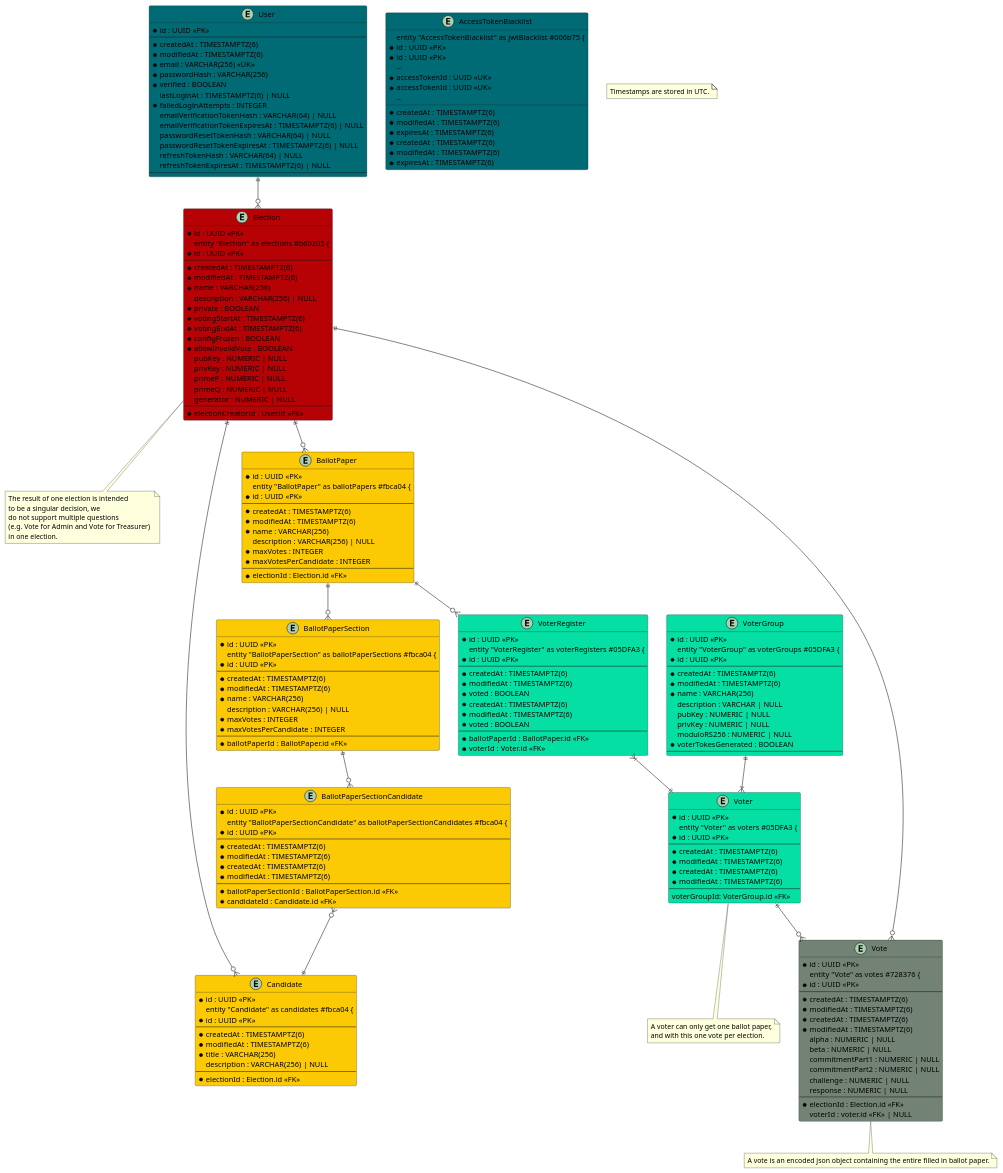
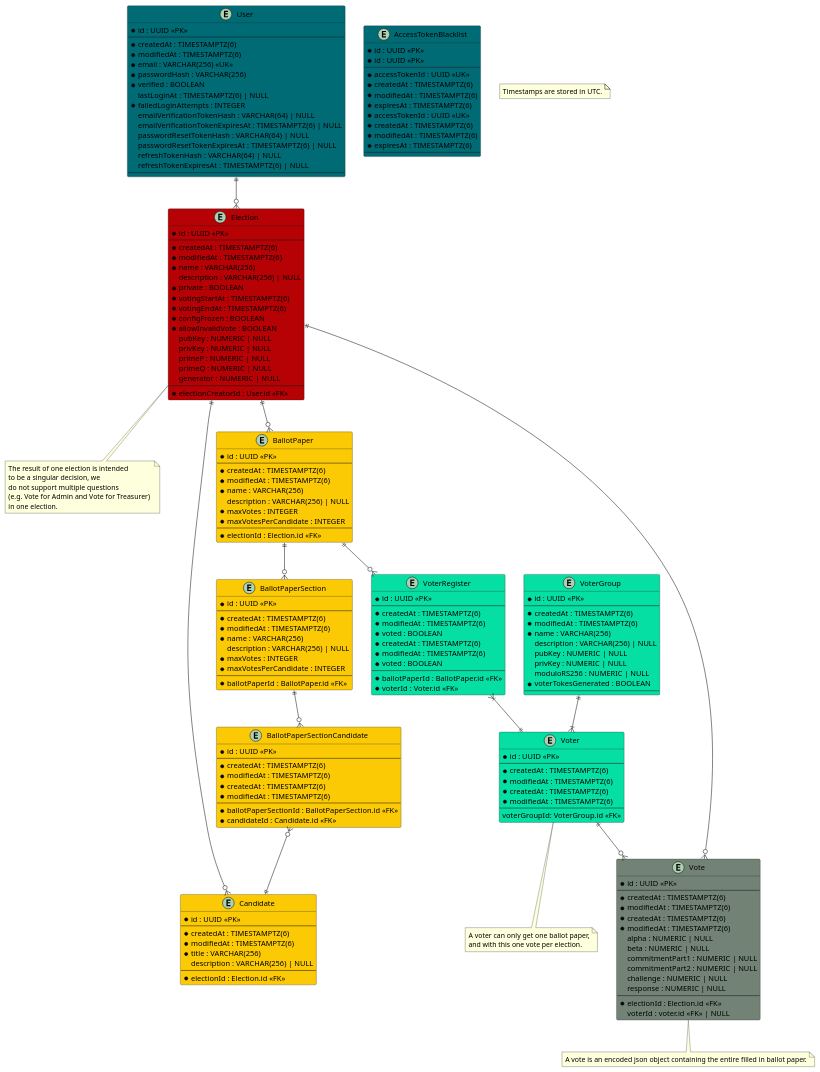
Before and after one commit to SE-UUlm/votura: the diagram in apps/docs/static/uml/dataModel.puml, drawn with PlantUML. The commit also changed 3 other files, not shown here.

```diff
--- a/apps/docs/static/uml/dataModel.puml
+++ b/apps/docs/static/uml/dataModel.puml
@@ -21,7 +21,6 @@
 }
 
 entity "AccessTokenBlacklist" as jwtBlacklist #006b75 {
-entity "AccessTokenBlacklist" as jwtBlacklist #006b75 {
     ' this table is used to store blacklisted access tokens
     ' The jti is 36 characters long if we use UUIDv4
     * id : UUID <<PK>>
@@ -38,8 +37,6 @@
     --
 }
 
-entity "Election" as elections #b60205 {
-    * id : UUID <<PK>>
 entity "Election" as elections #b60205 {
     * id : UUID <<PK>>
     --
@@ -77,8 +74,6 @@
 
 entity "BallotPaper" as ballotPapers #fbca04 {
     * id : UUID <<PK>>
-entity "BallotPaper" as ballotPapers #fbca04 {
-    * id : UUID <<PK>>
     --
     * createdAt : TIMESTAMPTZ(6)
     * modifiedAt : TIMESTAMPTZ(6)
@@ -90,8 +85,6 @@
     * electionId : Election.id <<FK>>
 }
 
-entity "BallotPaperSection" as ballotPaperSections #fbca04 {
-    * id : UUID <<PK>>
 entity "BallotPaperSection" as ballotPaperSections #fbca04 {
     * id : UUID <<PK>>
     --
@@ -107,8 +100,6 @@
 
 entity "BallotPaperSectionCandidate" as ballotPaperSectionCandidates #fbca04 {
     * id : UUID <<PK>>
-entity "BallotPaperSectionCandidate" as ballotPaperSectionCandidates #fbca04 {
-    * id : UUID <<PK>>
     --
     * createdAt : TIMESTAMPTZ(6)
     * modifiedAt : TIMESTAMPTZ(6)
@@ -121,8 +112,6 @@
 
 entity "Candidate" as candidates #fbca04 {
     * id : UUID <<PK>>
-entity "Candidate" as candidates #fbca04 {
-    * id : UUID <<PK>>
     --
     * createdAt : TIMESTAMPTZ(6)
     * modifiedAt : TIMESTAMPTZ(6)
@@ -132,8 +121,6 @@
     * electionId : Election.id <<FK>>
 }
 
-entity "Vote" as votes #728376 {
-    * id : UUID <<PK>>
 entity "Vote" as votes #728376 {
     * id : UUID <<PK>>
     --
@@ -158,8 +145,6 @@
 
 entity "VoterRegister" as voterRegisters #05DFA3 {
     * id : UUID <<PK>>
-entity "VoterRegister" as voterRegisters #05DFA3 {
-    * id : UUID <<PK>>
     --
     * createdAt : TIMESTAMPTZ(6)
     * modifiedAt : TIMESTAMPTZ(6)
@@ -172,8 +157,6 @@
     * voterId : Voter.id <<FK>>
 }
 
-entity "Voter" as voters #05DFA3 {
-    * id : UUID <<PK>>
 entity "Voter" as voters #05DFA3 {
     * id : UUID <<PK>>
     --
@@ -191,13 +174,11 @@
 
 entity "VoterGroup" as voterGroups #05DFA3 {
     * id : UUID <<PK>>
-entity "VoterGroup" as voterGroups #05DFA3 {
-    * id : UUID <<PK>>
     --
     * createdAt : TIMESTAMPTZ(6)
     * modifiedAt : TIMESTAMPTZ(6)
     * name : VARCHAR(256)
-    description : VARCHAR | NULL
+    description : VARCHAR(256) | NULL
     pubKey : NUMERIC | NULL
     privKey : NUMERIC | NULL
     moduloRS256 : NUMERIC | NULL
@@ -225,5 +206,4 @@
 voters -- N3
 votes -- N4
 
-
 @enduml
```
